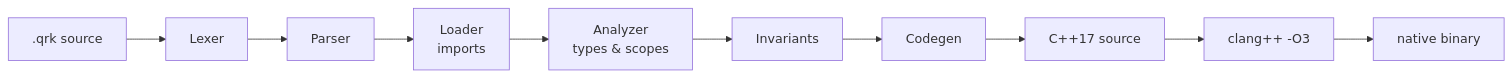
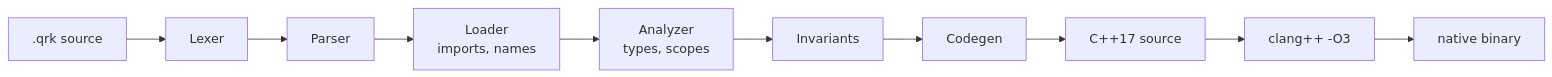
One commit to amolbrkr/quark-lang changed the diagram in README.md. Above: the diagram before and after it, drawn with Mermaid. The commit also changed other lines of this file and 15 other files, not shown here.

````diff
--- a/README.md
+++ b/README.md
@@ -203,12 +163,12 @@
 ```mermaid
 flowchart LR
     A[".qrk source"] --> B[Lexer]
     B --> C[Parser]
-    C --> D[Loader<br/>imports]
-    D --> E[Analyzer<br/>types & scopes]
+    C --> D["Loader<br/>imports, names"]
+    D --> E["Analyzer<br/>types, scopes"]
     E --> F[Invariants]
     F --> G[Codegen]
     G --> H["C++17 source"]
     H --> I["clang++ -O3"]
     I --> J["native binary"]
 ```
````
